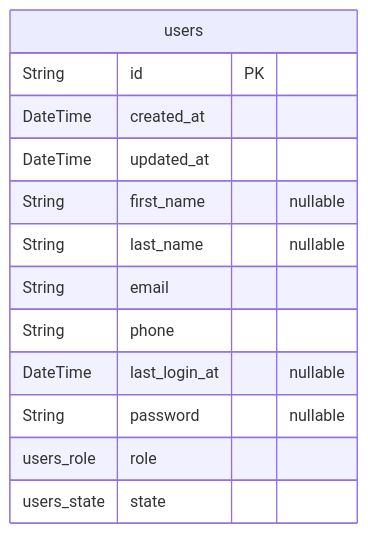
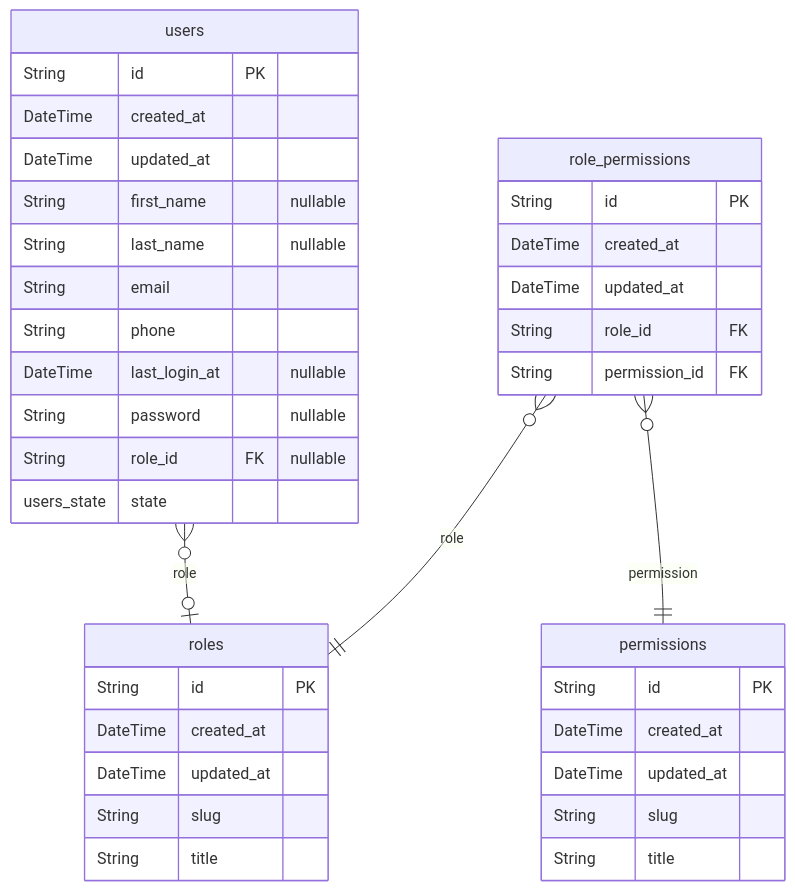
Before and after one commit to nurulhudaapon/codesamurai-final: the diagram in packages/db/README.md, drawn with Mermaid. The commit also changed other lines of this file and 10 other files, not shown here.

````diff
--- a/packages/db/README.md
+++ b/packages/db/README.md
@@ -7,16 +7,40 @@
 ```mermaid
 erDiagram
 "users" {
   String id PK
   DateTime created_at
   DateTime updated_at
   String first_name "nullable"
   String last_name "nullable"
   String email
   String phone
   DateTime last_login_at "nullable"
   String password "nullable"
-  users_role role
+  String role_id FK "nullable"
   users_state state
 }
+"roles" {
+  String id PK
+  DateTime created_at
+  DateTime updated_at
+  String slug
+  String title
+}
+"permissions" {
+  String id PK
+  DateTime created_at
+  DateTime updated_at
+  String slug
+  String title
+}
+"role_permissions" {
+  String id PK
+  DateTime created_at
+  DateTime updated_at
+  String role_id FK
+  String permission_id FK
+}
+"users" }o--o| "roles" : role
+"role_permissions" }o--|| "roles" : role
+"role_permissions" }o--|| "permissions" : permission
 ```
````
